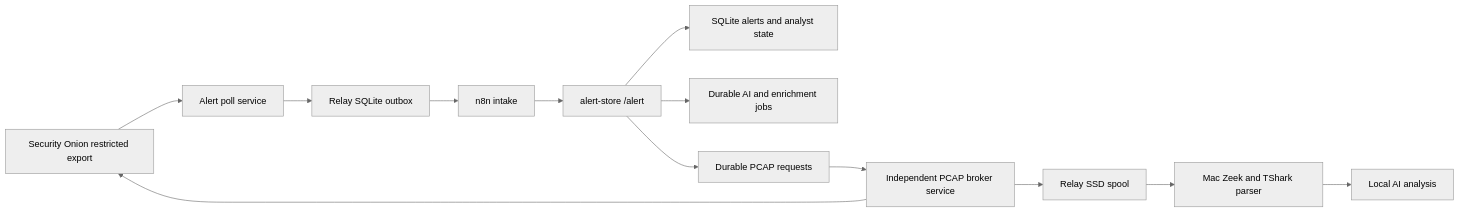
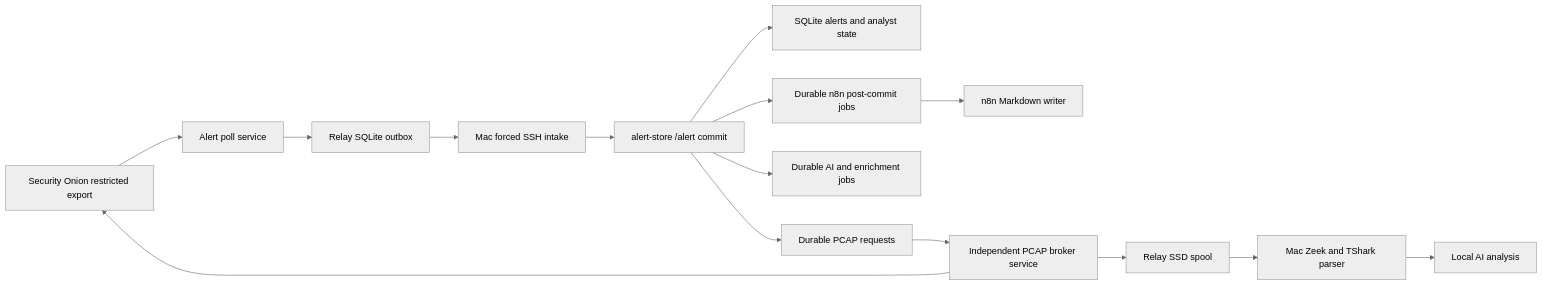
The diagram in docs/reliability-and-slo-runbook.md (ArronJablonowski/OnionSentinel), drawn with Mermaid (neutral theme) before and after one commit. The commit also changed other lines of this file and 136 other files, not shown here.

````diff
--- a/docs/reliability-and-slo-runbook.md
+++ b/docs/reliability-and-slo-runbook.md
@@ -9,15 +9,17 @@
 ```mermaid
 flowchart LR
   SO["Security Onion restricted export"] --> POLL["Alert poll service"]
   POLL --> OUTBOX["Relay SQLite outbox"]
-  OUTBOX --> N8N["n8n intake"]
-  N8N --> STORE["alert-store /alert"]
+  OUTBOX --> INTAKE["Mac forced SSH intake"]
+  INTAKE --> STORE["alert-store /alert commit"]
   STORE --> DB["SQLite alerts and analyst state"]
+  STORE --> POST["Durable n8n post-commit jobs"]
+  POST --> N8N["n8n Markdown writer"]
   STORE --> JOBS["Durable AI and enrichment jobs"]
   STORE --> PCAPQ["Durable PCAP requests"]
   PCAPQ --> BROKER["Independent PCAP broker service"]
   BROKER --> SO
   BROKER --> SSD["Relay SSD spool"]
   SSD --> PARSER["Mac Zeek and TShark parser"]
   PARSER --> AI["Local AI analysis"]
 ```
````
